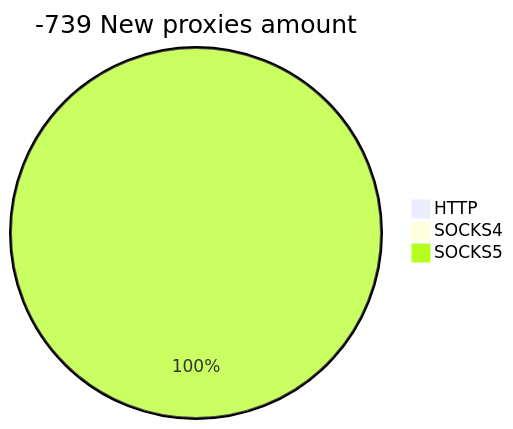
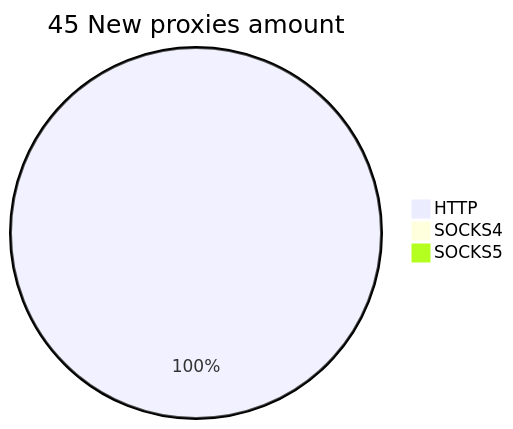
The second of 2 diagrams in README.md (cutipu/proxylist), drawn with Mermaid before and after one commit. The commit also changed other lines of this file, not shown here.

````diff
--- a/README.md
+++ b/README.md
@@ -10,6 +10,6 @@
 ```mermaid
-pie title -739 New proxies amount
-    "HTTP" : 0
+pie title 45 New proxies amount
+    "HTTP" : 721
     "SOCKS4" : 0
-    "SOCKS5" : 10
+    "SOCKS5" : 0
 ```
````
